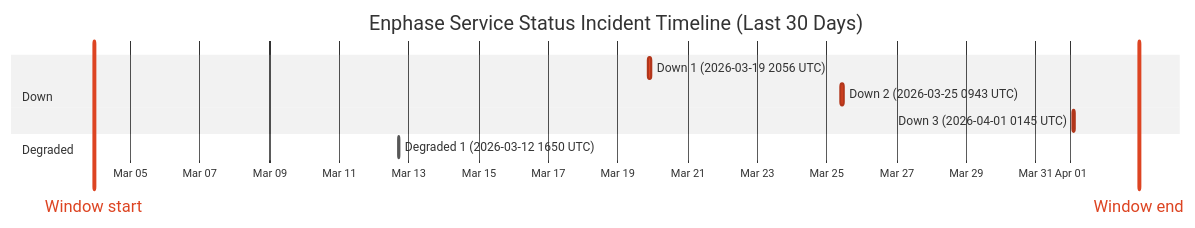
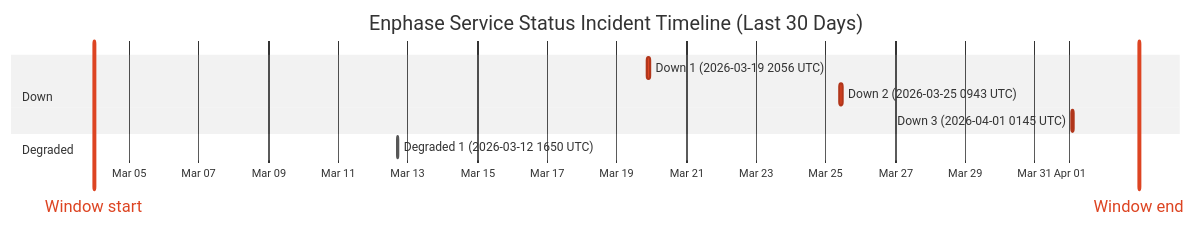
One commit to barneyonline/ha-enphase-ev-charger changed the diagram in wiki/Service-Status-History.md. Above: the diagram before and after it, drawn with Mermaid (neutral theme). The commit also changed other lines of this file and 3 other files, not shown here.

````diff
--- a/wiki/Service-Status-History.md
+++ b/wiki/Service-Status-History.md
@@ -14,14 +14,14 @@
 ```mermaid
 gantt
     title Enphase Service Status Incident Timeline (Last 30 Days)
     dateFormat  YYYY-MM-DDTHH:mm:ss
     axisFormat  %b %d
-    Window start :vert, window-start, 2026-03-03T22:58:45, 0ms
-    Window end :vert, window-end, 2026-04-02T22:58:45, 0ms
+    Window start :vert, window-start, 2026-03-03T23:43:03, 0ms
+    Window end :vert, window-end, 2026-04-02T23:43:03, 0ms
     section Down
     Down 1 (2026-03-19 2056 UTC) :crit, down-1, 2026-03-19T20:56:20, 145m
     Down 2 (2026-03-25 0943 UTC) :crit, down-2, 2026-03-25T09:43:28, 111m
     Down 3 (2026-04-01 0145 UTC) :crit, down-3, 2026-04-01T01:45:09, 60m
     section Degraded
     Degraded 1 (2026-03-12 1650 UTC) :active, degraded-1, 2026-03-12T16:50:43, 60m
 ```
````
